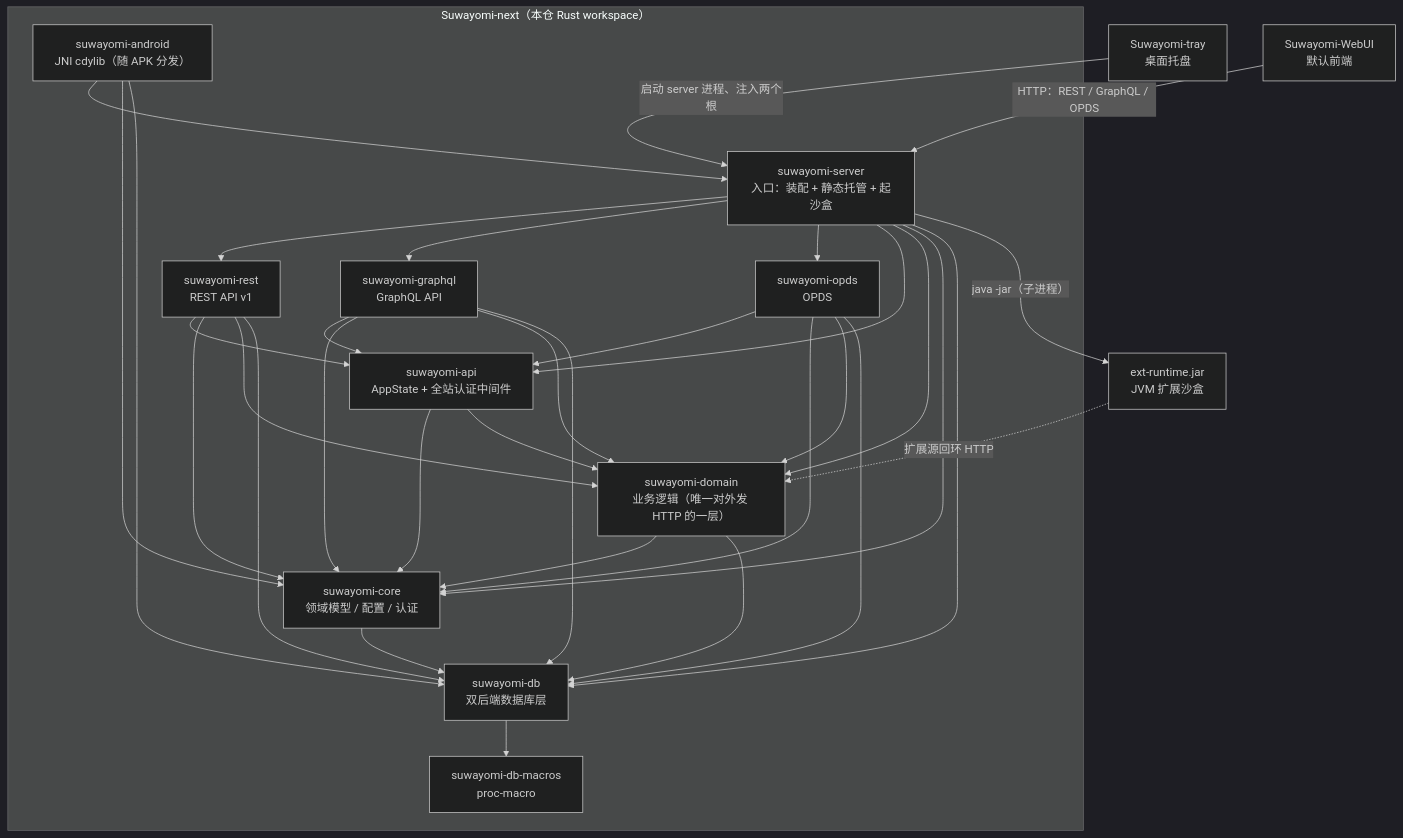
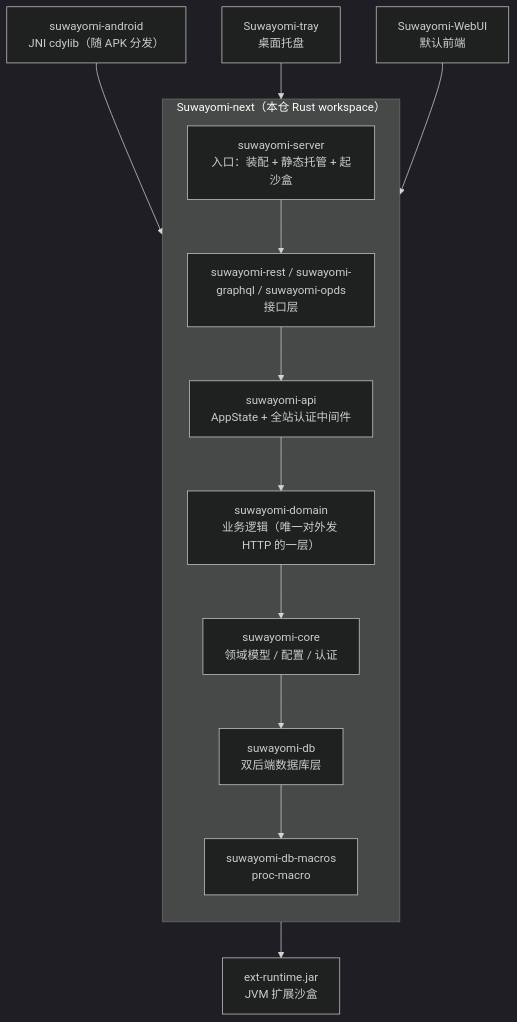
One commit to 576576/Suwayomi-next changed the diagram in README.md. Above: the diagram before and after it, drawn with Mermaid (dark theme). The commit also changed other lines of this file and 4 other files, not shown here.

First line of the commit message:
docs: 结构图改回分层堆叠、环境变量表收敛，删迁移文档与 legacy 数据库变量

````diff
--- a/README.md
+++ b/README.md
@@ -48,31 +48,22 @@
 ```mermaid
 graph TD
-    subgraph repo ["Suwayomi-next（本仓 Rust workspace）"]
+    subgraph next ["Suwayomi-next（本仓 Rust workspace）"]
+        direction TB
+        server["suwayomi-server<br>入口：装配 + 静态托管 + 起沙盒"]
+        apis["suwayomi-rest / suwayomi-graphql / suwayomi-opds<br>接口层"]
+        api["suwayomi-api<br>AppState + 全站认证中间件"]
+        domain["suwayomi-domain<br>业务逻辑（唯一对外发 HTTP 的一层）"]
+        core["suwayomi-core<br>领域模型 / 配置 / 认证"]
+        db["suwayomi-db<br>双后端数据库层"]
         dbm["suwayomi-db-macros<br>proc-macro"]
-        db["suwayomi-db<br>双后端数据库层"]
-        core["suwayomi-core<br>领域模型 / 配置 / 认证"]
-        domain["suwayomi-domain<br>业务逻辑（唯一对外发 HTTP 的一层）"]
-        api["suwayomi-api<br>AppState + 全站认证中间件"]
-        rest["suwayomi-rest<br>REST API v1"]
-        gql["suwayomi-graphql<br>GraphQL API"]
-        opds["suwayomi-opds<br>OPDS"]
-        server["suwayomi-server<br>入口：装配 + 静态托管 + 起沙盒"]
-        android["suwayomi-android<br>JNI cdylib（随 APK 分发）"]
-        db --> dbm
-        core --> db
-        domain --> core & db
-        api --> core & domain
-        rest --> api & core & domain & db
-        gql --> api & core & domain & db
-        opds --> api & core & domain & db
-        server --> rest & gql & opds & api & domain & core & db
-        android --> server & core & db
+        server --> apis --> api --> domain --> core --> db --> dbm
     end
+    android["suwayomi-android<br>JNI cdylib（随 APK 分发）"]
     tray["Suwayomi-tray<br>桌面托盘"]
     ext["ext-runtime.jar<br>JVM 扩展沙盒"]
     webui["Suwayomi-WebUI<br>默认前端"]
-    tray -->|"启动 server 进程、注入两个根"| server
-    server -->|"java -jar（子进程）"| ext
-    ext -.->|"扩展源回环 HTTP"| domain
-    webui -->|"HTTP：REST / GraphQL / OPDS"| server
+    android --> next
+    tray --> next
+    next --> ext
+    webui --> next
 ```
````
